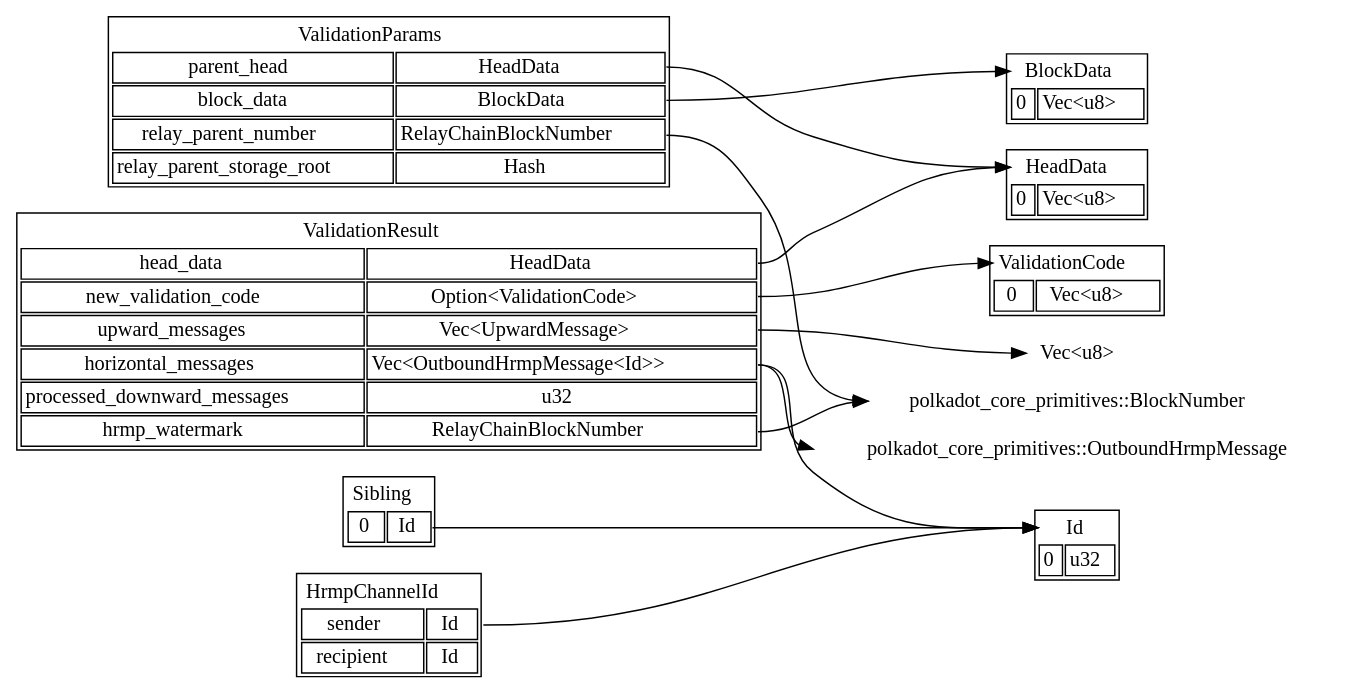
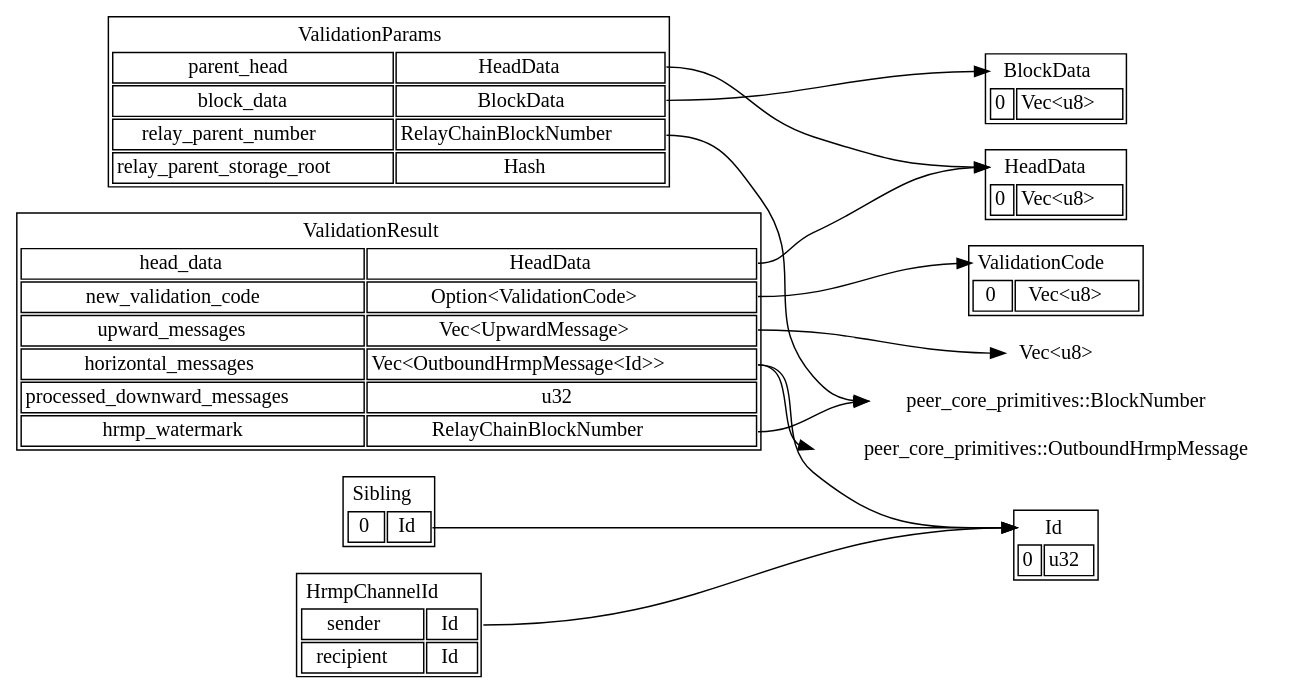
The second of 2 diagrams in roadmap/implementers-guide/src/types/README.md (karanvir12/l0-deployment), drawn with Graphviz before and after one commit. The commit also changed other lines of this file and 318 other files, not shown here.

````diff
--- a/roadmap/implementers-guide/src/types/README.md
+++ b/roadmap/implementers-guide/src/types/README.md
@@ -405,7 +405,7 @@
     ValidationParams:block_data -> BlockData:name
     ValidationParams:relay_parent_number -> RelayChainBlockNumber:w
 
-    RelayChainBlockNumber [label = "polkadot_core_primitives::BlockNumber"]
+    RelayChainBlockNumber [label = "peer_core_primitives::BlockNumber"]
 
     ValidationResult [label = <
         <table>
@@ -427,6 +427,6 @@
     ValidationResult:hrmp_watermark -> RelayChainBlockNumber:w
 
     UpwardMessage [label = "Vec<u8>"]
-    OutboundHrmpMessage [label = "polkadot_core_primitives::OutboundHrmpMessage"]
+    OutboundHrmpMessage [label = "peer_core_primitives::OutboundHrmpMessage"]
 }
 ```
````
